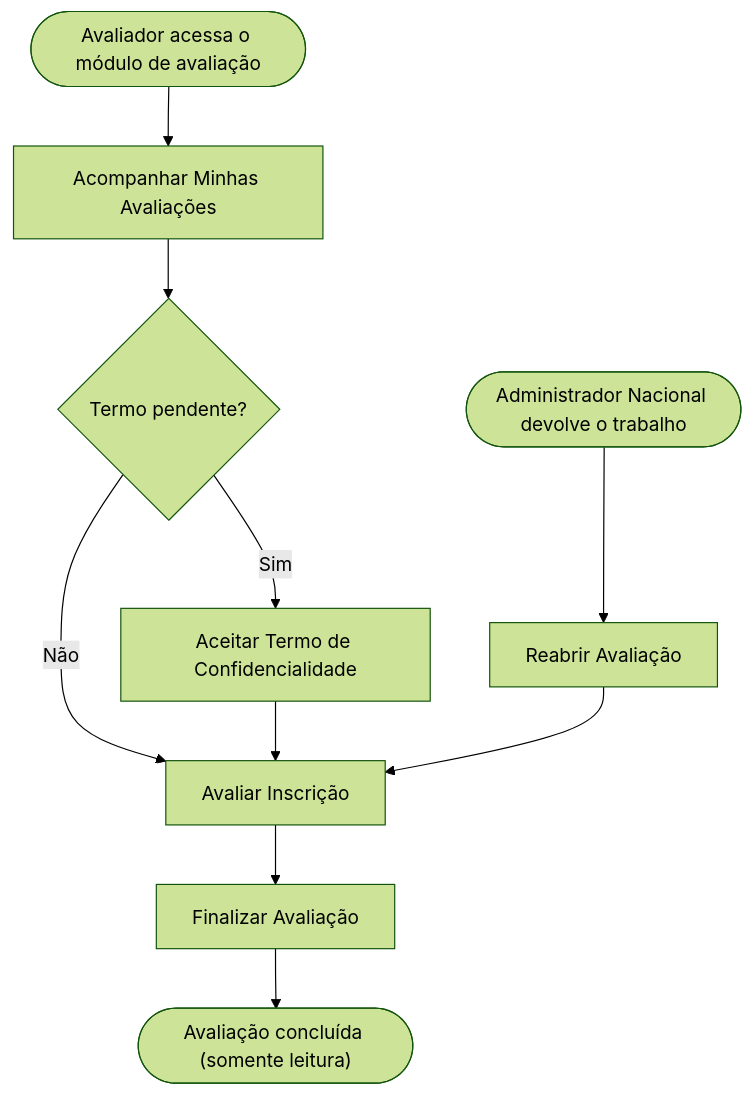
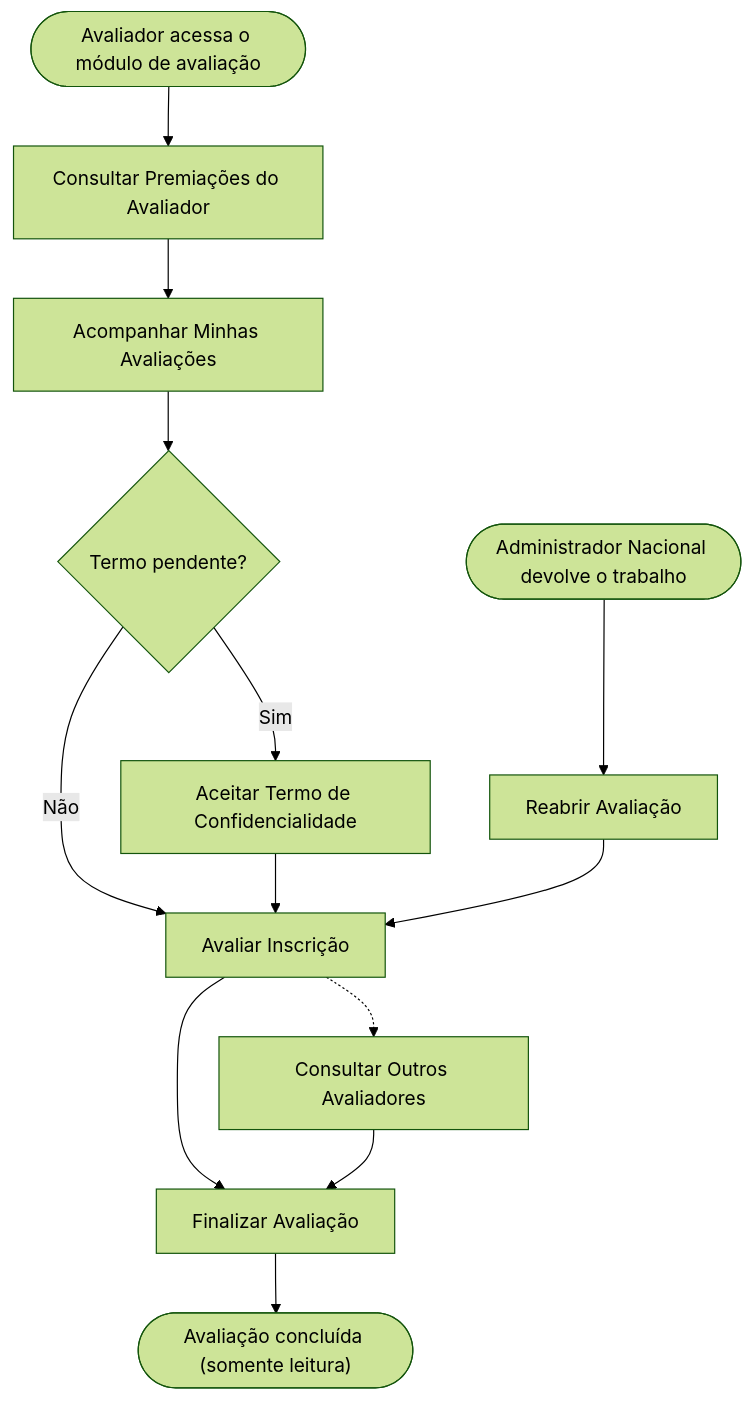
One commit to andromarcio/phl-premio-iel changed the diagram in modules/avaliacao/avaliacao-projetos/README.md. Above: the diagram before and after it, drawn with Mermaid (forest theme). The commit also changed other lines of this file and 27 other files, not shown here.

````diff
--- a/modules/avaliacao/avaliacao-projetos/README.md
+++ b/modules/avaliacao/avaliacao-projetos/README.md
@@ -29,12 +29,15 @@
 ```mermaid
 flowchart TD
-    A(["Avaliador acessa o módulo de avaliação"]) --> B["Acompanhar Minhas Avaliações"]
+    A(["Avaliador acessa o módulo de avaliação"]) --> P["Consultar Premiações do Avaliador"]
+    P --> B["Acompanhar Minhas Avaliações"]
     B --> C{"Termo pendente?"}
     C -->|Sim| D["Aceitar Termo de Confidencialidade"]
     C -->|Não| E["Avaliar Inscrição"]
     D --> E
     E --> F["Finalizar Avaliação"]
+    E -.-> O["Consultar Outros Avaliadores"]
+    O --> F
     F --> Z(["Avaliação concluída (somente leitura)"])
     R(["Administrador Nacional devolve o trabalho"]) --> G["Reabrir Avaliação"]
     G --> E
 ```
````
